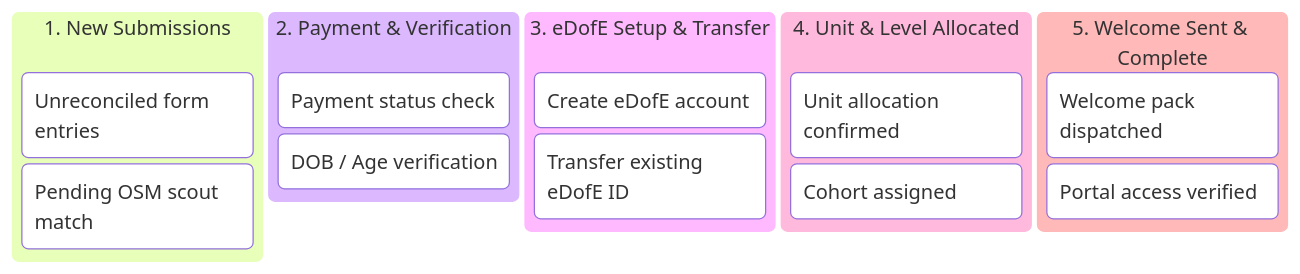
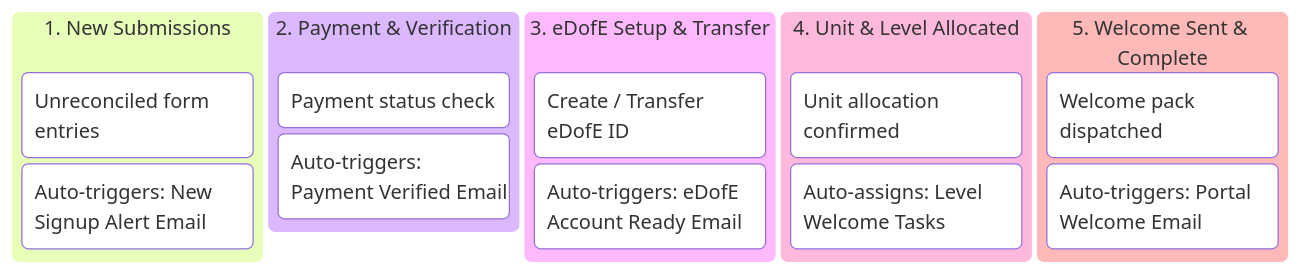
The second of 3 diagrams in docs/explorer-tasks-and-registration-kanban-plan.md (circularlizard/expedition-management-system), drawn with Mermaid before and after one commit. The commit also changed other lines of this file, not shown here.

Commit message:
docs(tasks-kanban): add email template engine, configurable registration workflows, and admin menu integration

````diff
--- a/docs/explorer-tasks-and-registration-kanban-plan.md
+++ b/docs/explorer-tasks-and-registration-kanban-plan.md
@@ -126,18 +113,18 @@
 ```mermaid
 kanban
   column-1["1. New Submissions"]
     item-1["Unreconciled form entries"]
-    item-2["Pending OSM scout match"]
+    item-2["Auto-triggers: New Signup Alert Email"]
   column-2["2. Payment & Verification"]
     item-3["Payment status check"]
-    item-4["DOB / Age verification"]
+    item-4["Auto-triggers: Payment Verified Email"]
   column-3["3. eDofE Setup & Transfer"]
-    item-5["Create eDofE account"]
-    item-6["Transfer existing eDofE ID"]
+    item-5["Create / Transfer eDofE ID"]
+    item-6["Auto-triggers: eDofE Account Ready Email"]
   column-4["4. Unit & Level Allocated"]
     item-7["Unit allocation confirmed"]
-    item-8["Cohort assigned"]
+    item-8["Auto-assigns: Level Welcome Tasks"]
   column-5["5. Welcome Sent & Complete"]
     item-9["Welcome pack dispatched"]
-    item-10["Portal access verified"]
+    item-10["Auto-triggers: Portal Welcome Email"]
 ```
````
